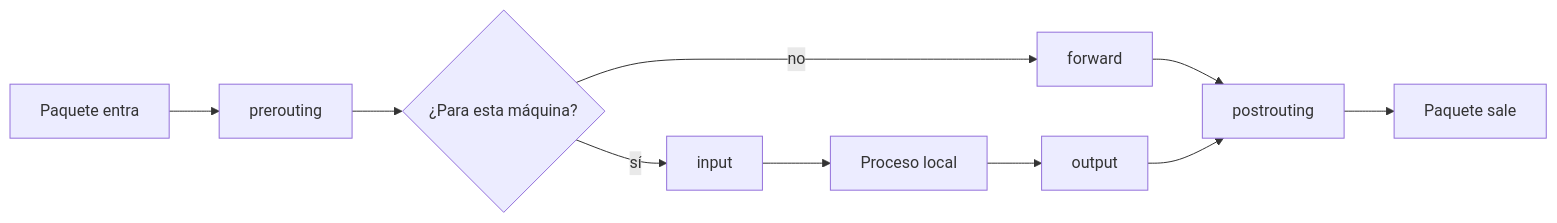
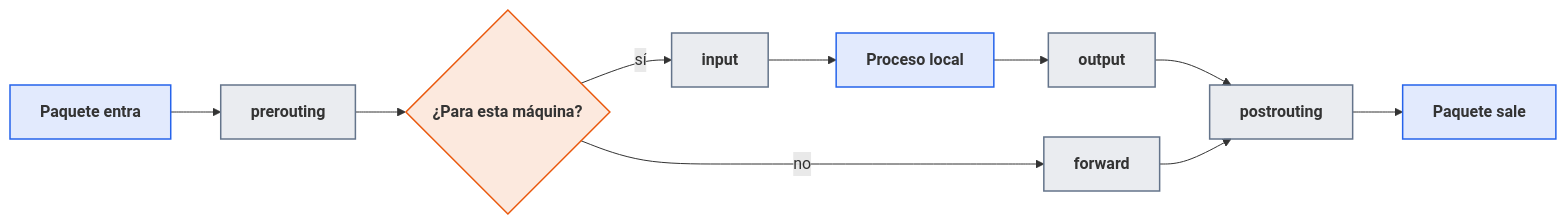
The third of 6 diagrams in docs/ut/ut3-seguridad-por-capas.md (victor-educ/apuntes-5166), drawn with Mermaid before and after one commit. The commit also changed other lines of this file and 12 other files, not shown here.

First line of the commit message:
Temporalización definitiva, gramática visual y diagramas en todas las unidades

````diff
--- a/docs/ut/ut3-seguridad-por-capas.md
+++ b/docs/ut/ut3-seguridad-por-capas.md
@@ -197,9 +235,22 @@
 ```mermaid
 flowchart LR
-    IN[Paquete entra] --> PRE[prerouting]
-    PRE --> DEC{¿Para esta máquina?}
-    DEC -->|sí| INP[input] --> PROC[Proceso local]
-    DEC -->|no| FWD[forward] --> POST[postrouting]
-    PROC --> OUT[output] --> POST
-    POST --> SAL[Paquete sale]
+    IN["<b>Paquete entra</b>"]:::dato
+    PRE["<b>prerouting</b>"]:::pieza
+    DEC{"<b>¿Para esta máquina?</b>"}:::act
+    INP["<b>input</b>"]:::pieza
+    PROC["<b>Proceso local</b>"]:::dato
+    FWD["<b>forward</b>"]:::pieza
+    OUT["<b>output</b>"]:::pieza
+    POST["<b>postrouting</b>"]:::pieza
+    SAL["<b>Paquete sale</b>"]:::dato
+    IN --> PRE --> DEC
+    DEC -->|sí| INP --> PROC --> OUT --> POST
+    DEC -->|no| FWD --> POST
+    POST --> SAL
+    classDef act fill:#ea580c22,stroke:#ea580c,stroke-width:1.5px
+    classDef pieza fill:#64748b22,stroke:#64748b,stroke-width:1.5px
+    classDef dato fill:#2563eb22,stroke:#2563eb,stroke-width:1.5px
+    classDef infra fill:#a1a1aa14,stroke:#a1a1aa,stroke-width:1.5px
+    classDef ok fill:#16a34a22,stroke:#16a34a,stroke-width:1.5px
+    classDef riesgo fill:#dc262622,stroke:#dc2626,stroke-width:1.5px
 ```
````
